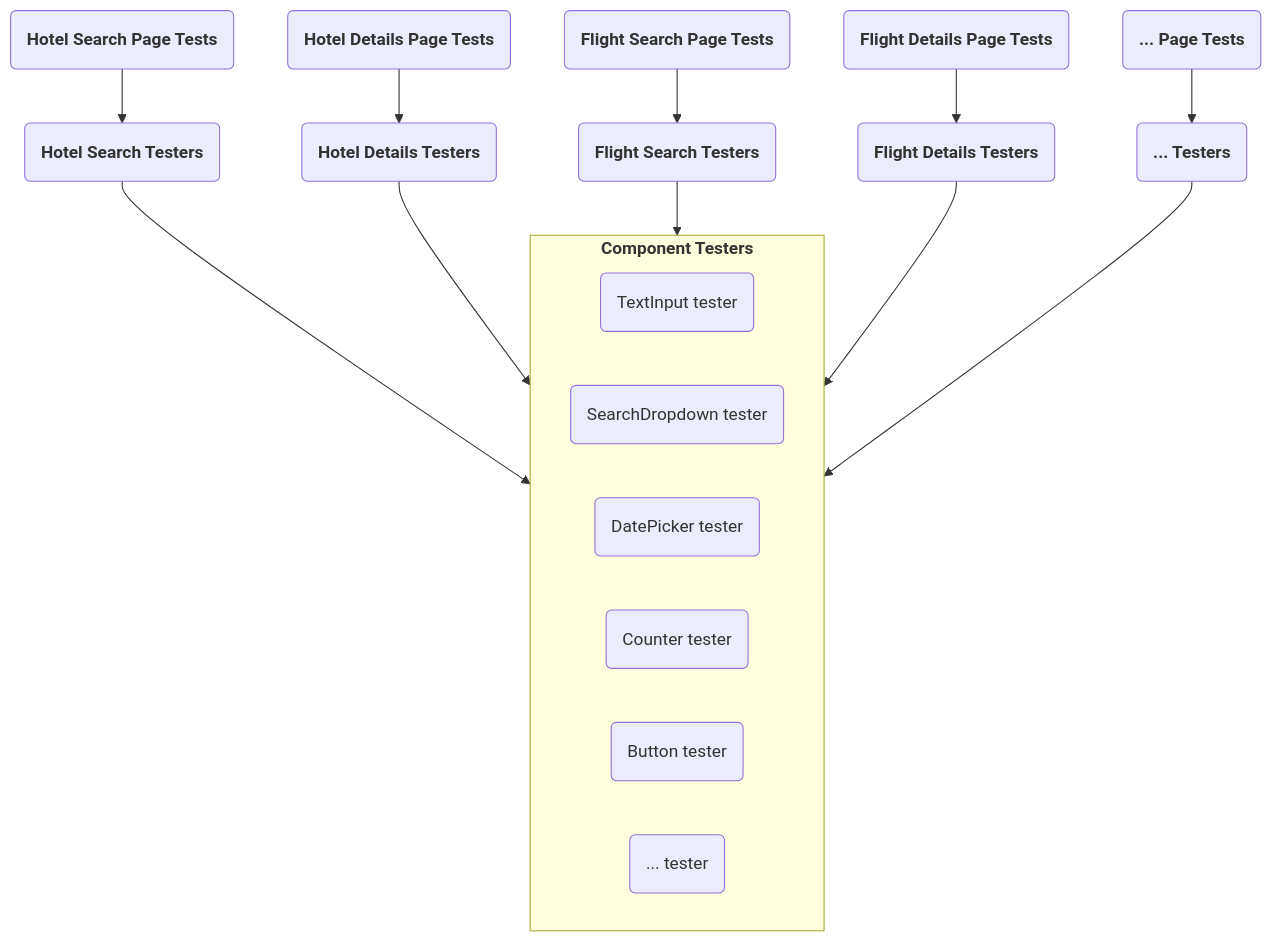
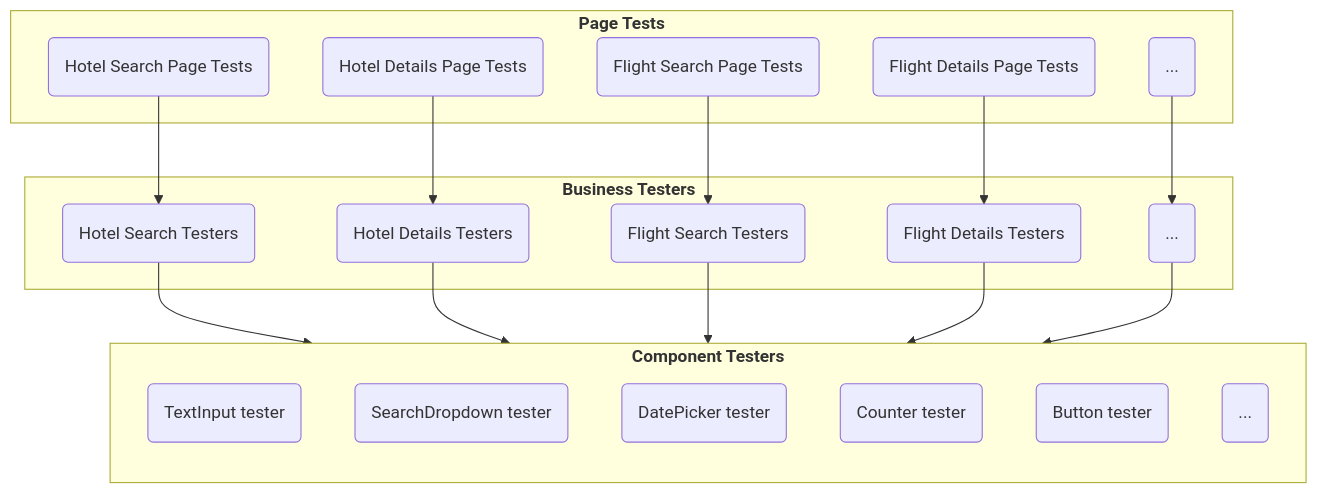
The fourth of 4 diagrams in _posts/2023-12-10-react-unit-testing-best-practices.md (EthanLin-TWer/blog), drawn with Mermaid before and after one commit.

Commit message:
🌞post: fine tune test architectures

````diff
--- a/_posts/2023-12-10-react-unit-testing-best-practices.md
+++ b/_posts/2023-12-10-react-unit-testing-best-practices.md
@@ -378,34 +378,34 @@
 ```mermaid
 flowchart TB
-  page_1_tests("<b>Hotel Search Page Tests</b>")
-  page_2_tests("<b>Hotel Details Page Tests</b>")
-  page_3_tests("<b>Flight Search Page Tests</b>")
-  page_4_tests("<b>Flight Details Page Tests</b>")
-  page_5_tests("<b>... Page Tests</b>")
+  subgraph page_tests ["<b>Page Tests</b>"]; 
+    page_1_tests("Hotel Search Page Tests")
+    page_2_tests("Hotel Details Page Tests")
+    page_3_tests("Flight Search Page Tests")
+    page_4_tests("Flight Details Page Tests")
+    page_5_tests("...")
+  end
   
-  business_1_testers("<b>Hotel Search Testers</b>") 
-  business_2_testers("<b>Hotel Details Testers</b>") 
-  business_3_testers("<b>Flight Search Testers</b>") 
-  business_4_testers("<b>Flight Details Testers</b>") 
-  business_5_testers("<b>... Testers</b>") 
-        
-  page_1_tests --> business_1_testers
-  page_2_tests --> business_2_testers
-  page_3_tests --> business_3_testers
-  page_4_tests --> business_4_testers
-  page_5_tests --> business_5_testers
-  business_1_testers --> testers
-  business_2_testers --> testers
-  business_3_testers --> testers
-  business_4_testers --> testers
-  business_5_testers --> testers
+  subgraph business_testers ["<b>Business Testers</b>"]; 
+    business_1_testers("Hotel Search Testers")
+    business_2_testers("Hotel Details Testers")
+    business_3_testers("Flight Search Testers")
+    business_4_testers("Flight Details Testers")
+    business_5_testers("...")
+  end
   
-  subgraph testers ["<b>Component Testers</b>"]; 
+  subgraph testers ["<b>Component Testers</b>"];
+    direction TB
     text_input_tester("TextInput tester")
     text_search_dropdown_tester("SearchDropdown tester")
     text_date_picker_tester("DatePicker tester")
     text_counter_tester("Counter tester")
     text_button_tester("Button tester")
-    text_x_tester("... tester")
+    text_x_tester("...")
   end
+
+  page_1_tests --> business_1_testers --> testers
+  page_2_tests --> business_2_testers --> testers
+  page_3_tests --> business_3_testers --> testers
+  page_4_tests --> business_4_testers --> testers
+  page_5_tests --> business_5_testers --> testers
 ```
````
